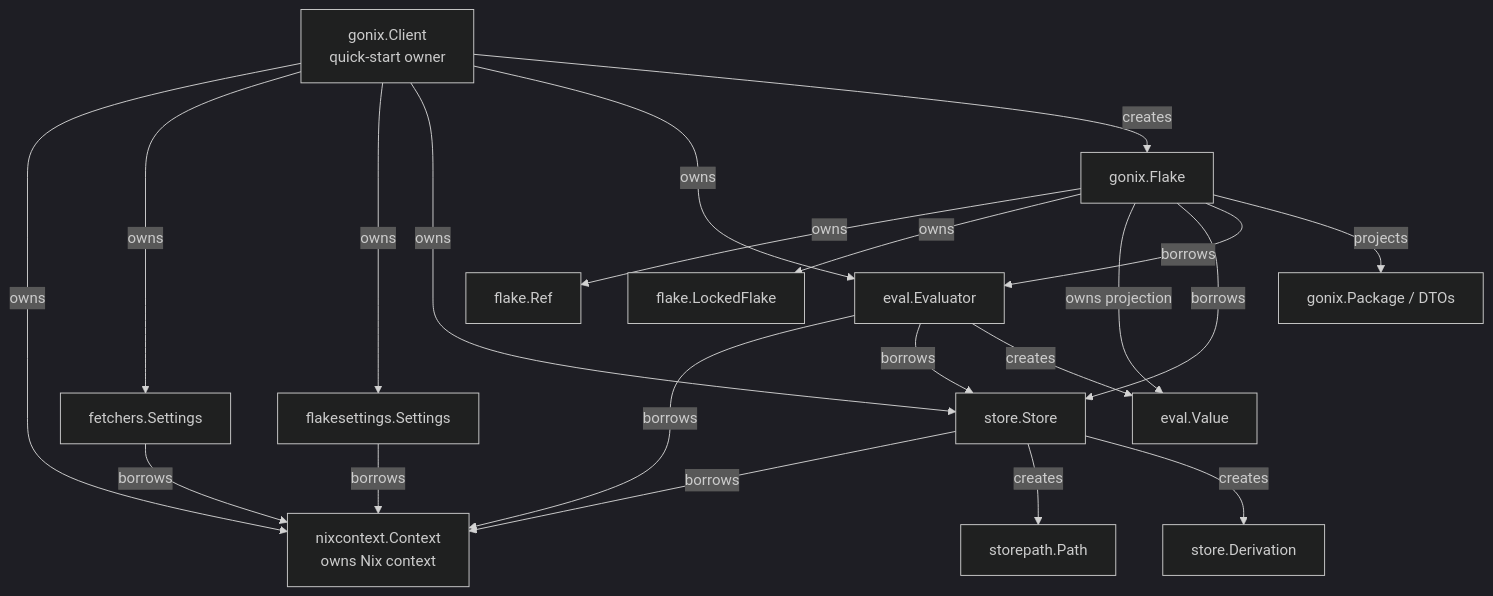
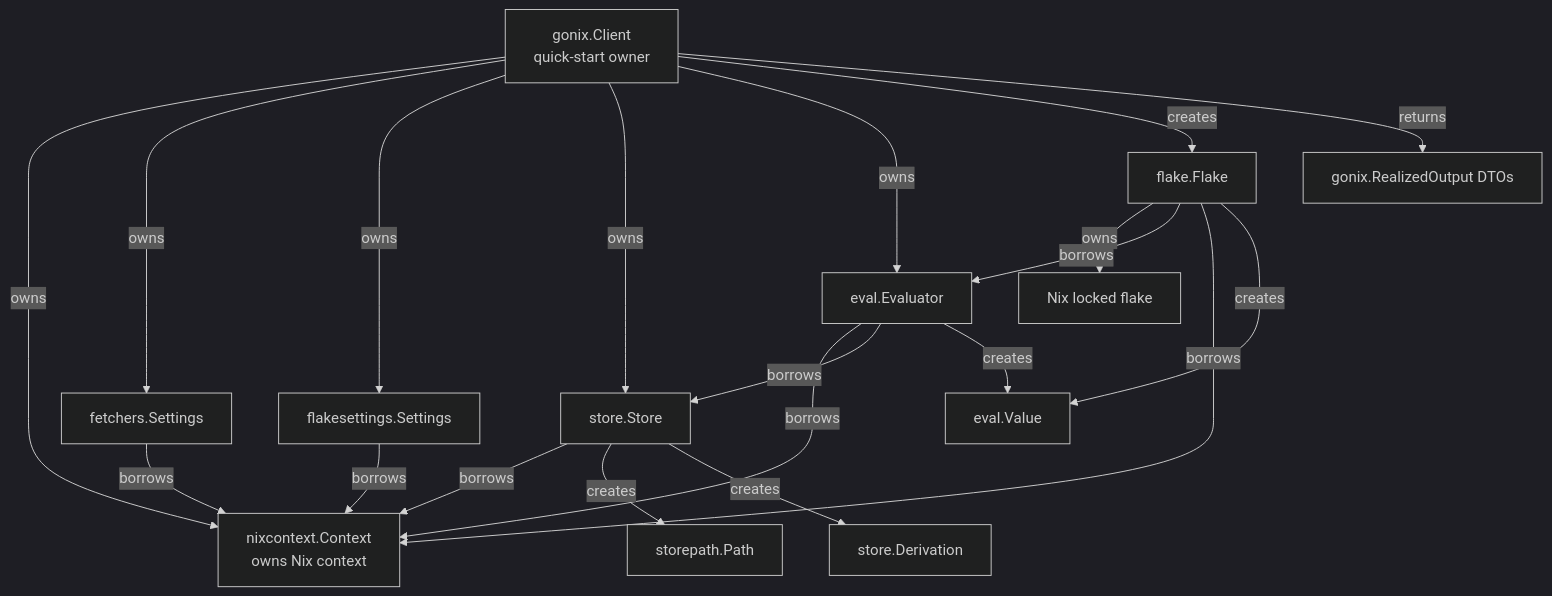
The diagram in docs/architecture.md (sund3RRR/gonix), drawn with Mermaid (dark theme) before and after one commit. The commit also changed other lines of this file and 17 other files, not shown here.

Commit message:
feat: rework Client and Flake

````diff
--- a/docs/architecture.md
+++ b/docs/architecture.md
@@ -175,40 +180,38 @@
 ```mermaid
 flowchart TD
     Context["nixcontext.Context\nowns Nix context"]
     Client["gonix.Client\nquick-start owner"]
     Fetchers["fetchers.Settings"]
     FlakeSettings["flakesettings.Settings"]
     Store["store.Store"]
     Eval["eval.Evaluator"]
-    Flake["gonix.Flake"]
-    Ref["flake.Ref"]
-    Lock["flake.LockedFlake"]
+    Flake["flake.Flake"]
+    LockedFlake["Nix locked flake"]
     Value["eval.Value"]
     Path["storepath.Path"]
     Derivation["store.Derivation"]
-    Package["gonix.Package / DTOs"]
+    Outputs["gonix.RealizedOutput DTOs"]
 
     Client -->|owns| Context
     Client -->|owns| Fetchers
     Client -->|owns| FlakeSettings
     Client -->|owns| Store
     Client -->|owns| Eval
     Client -->|creates| Flake
 
     Fetchers -->|borrows| Context
     FlakeSettings -->|borrows| Context
     Store -->|borrows| Context
     Eval -->|borrows| Context
     Eval -->|borrows| Store
 
-    Flake -->|owns| Ref
-    Flake -->|owns| Lock
-    Flake -->|owns projection| Value
-    Flake -->|borrows| Store
+    Flake -->|owns| LockedFlake
     Flake -->|borrows| Eval
+    Flake -->|borrows| Context
+    Flake -->|creates| Value
 
     Eval -->|creates| Value
     Store -->|creates| Path
     Store -->|creates| Derivation
-    Flake -->|projects| Package
+    Client -->|returns| Outputs
 ```
````
